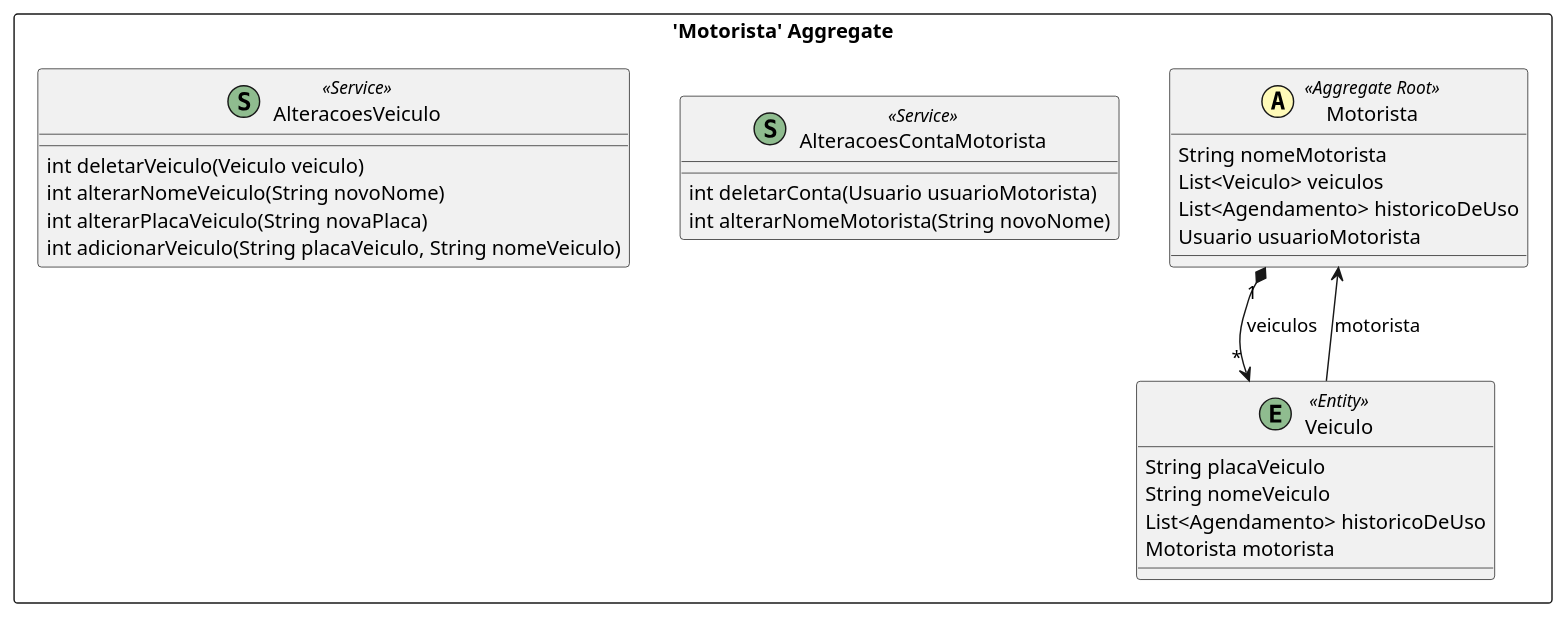
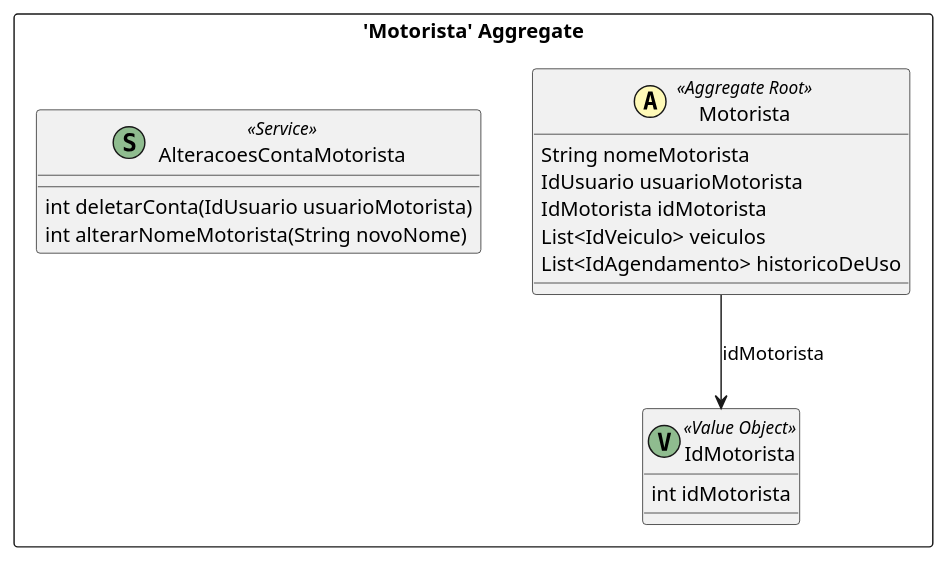
The diagram in src-gen/model_BC_CadastroEControleDeMotoristasContext_Motorista.puml (diegopluna/fds2), drawn with PlantUML before and after one commit. The commit also changed 17 other files, not shown here.

```diff
--- a/src-gen/model_BC_CadastroEControleDeMotoristasContext_Motorista.puml
+++ b/src-gen/model_BC_CadastroEControleDeMotoristasContext_Motorista.puml
@@ -1,33 +1,24 @@
 @startuml
 
 skinparam componentStyle uml2
 
 package "'Motorista' Aggregate" <<Rectangle>> {
 	class Motorista <<(A,#fffab8) Aggregate Root>> {
 		String nomeMotorista
-		List<Veiculo> veiculos
-		List<Agendamento> historicoDeUso
-		Usuario usuarioMotorista
+		IdUsuario usuarioMotorista
+		IdMotorista idMotorista
+		List<IdVeiculo> veiculos
+		List<IdAgendamento> historicoDeUso
 	}
-	class Veiculo <<(E,DarkSeaGreen) Entity>> {
-		String placaVeiculo
-		String nomeVeiculo
-		List<Agendamento> historicoDeUso
-		Motorista motorista
+	class IdMotorista <<(V,DarkSeaGreen) Value Object>> {
+		int idMotorista
 	}
 	class AlteracoesContaMotorista <<(S,DarkSeaGreen) Service>> {
-		int deletarConta(Usuario usuarioMotorista)
+		int deletarConta(IdUsuario usuarioMotorista)
 		int alterarNomeMotorista(String novoNome)
 	}
-	class AlteracoesVeiculo <<(S,DarkSeaGreen) Service>> {
-		int deletarVeiculo(Veiculo veiculo)
-		int alterarNomeVeiculo(String novoNome)
-		int alterarPlacaVeiculo(String novaPlaca)
-		int adicionarVeiculo(String placaVeiculo, String nomeVeiculo)
-	}
 }
-Veiculo --> Motorista : motorista
-Motorista "1" *--> "*" Veiculo : veiculos
+Motorista --> IdMotorista : idMotorista
 
 
 @enduml
```
